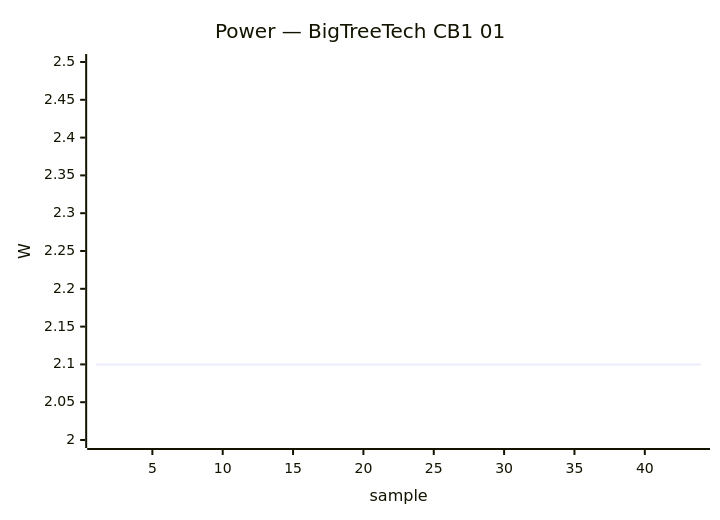
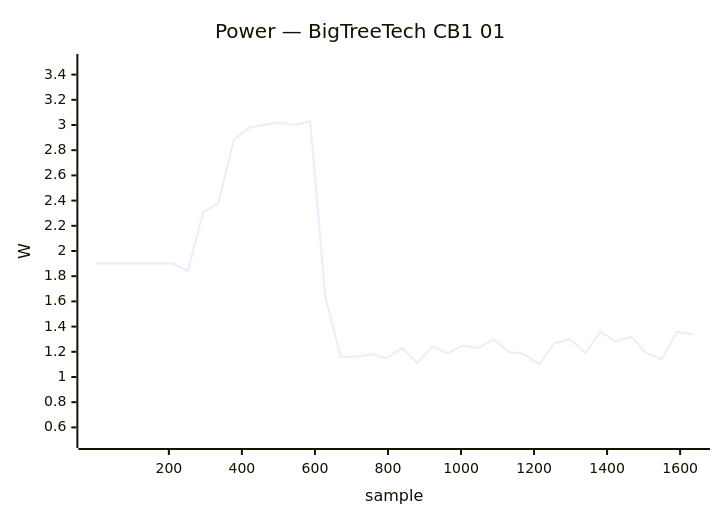
One commit to armbian/documentation changed the first of 25 diagrams in docs/status/board-tests.md. Above: the diagram before and after it, drawn with Mermaid. The commit also changed other lines of this file, not shown here.

````diff
--- a/docs/status/board-tests.md
+++ b/docs/status/board-tests.md
@@ -45,7 +45,7 @@
 ```mermaid
 xychart-beta
     title "Power — BigTreeTech CB1 01"
-    x-axis "sample" 1 --> 44
-    y-axis "W" 2.0 --> 2.5
-    line [2.10, 2.10, 2.10, 2.10, 2.10, 2.10, 2.10, 2.10, 2.10, 2.10, 2.10, 2.10, 2.10, 2.10, 2.10, 2.10, 2.10, 2.10, 2.10, 2.10, 2.10, 2.10, 2.10, 2.10, 2.10, 2.10, 2.10, 2.10, 2.10, 2.10, 2.10, 2.10, 2.10, 2.10, 2.10, 2.10, 2.10, 2.10, 2.10, 2.10]
+    x-axis "sample" 1 --> 1633
+    y-axis "W" 0.5 --> 3.5
+    line [1.90, 1.90, 1.90, 1.90, 1.90, 1.90, 1.84, 2.31, 2.38, 2.88, 2.98, 3.00, 3.02, 3.00, 3.03, 1.63, 1.16, 1.16, 1.18, 1.15, 1.23, 1.11, 1.24, 1.19, 1.25, 1.23, 1.30, 1.20, 1.18, 1.10, 1.27, 1.30, 1.19, 1.36, 1.28, 1.32, 1.19, 1.14, 1.36, 1.34]
 ```
````
